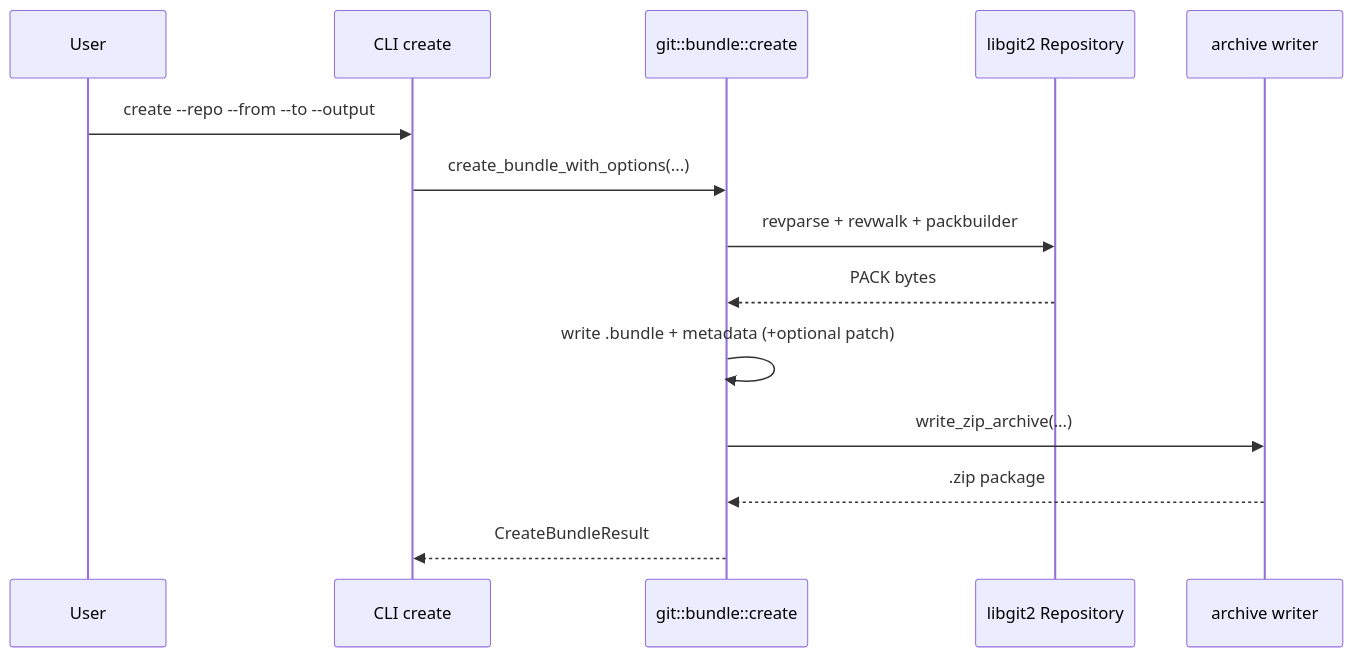
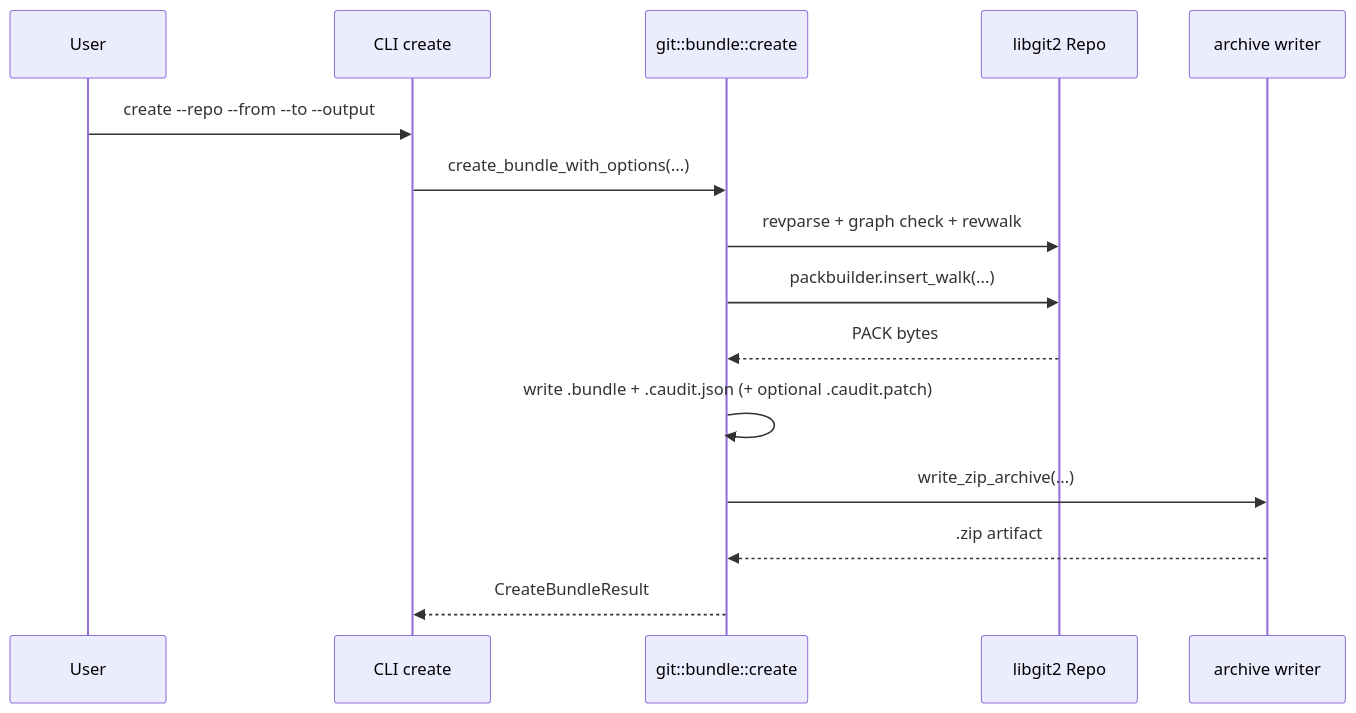
The third of 6 diagrams in SDD_SAD.md (daredem0/git-sync), drawn with Mermaid before and after one commit. The commit also changed other lines of this file, not shown here.

````diff
--- a/SDD_SAD.md
+++ b/SDD_SAD.md
@@ -106,17 +155,18 @@
 ```mermaid
 sequenceDiagram
     participant U as User
     participant C as CLI create
     participant G as git::bundle::create
-    participant R as libgit2 Repository
+    participant R as libgit2 Repo
     participant A as archive writer
 
     U->>C: create --repo --from --to --output
     C->>G: create_bundle_with_options(...)
-    G->>R: revparse + revwalk + packbuilder
+    G->>R: revparse + graph check + revwalk
+    G->>R: packbuilder.insert_walk(...)
     R-->>G: PACK bytes
-    G->>G: write .bundle + metadata (+optional patch)
+    G->>G: write .bundle + .caudit.json (+ optional .caudit.patch)
     G->>A: write_zip_archive(...)
-    A-->>G: .zip package
+    A-->>G: .zip artifact
     G-->>C: CreateBundleResult
 ```
````
